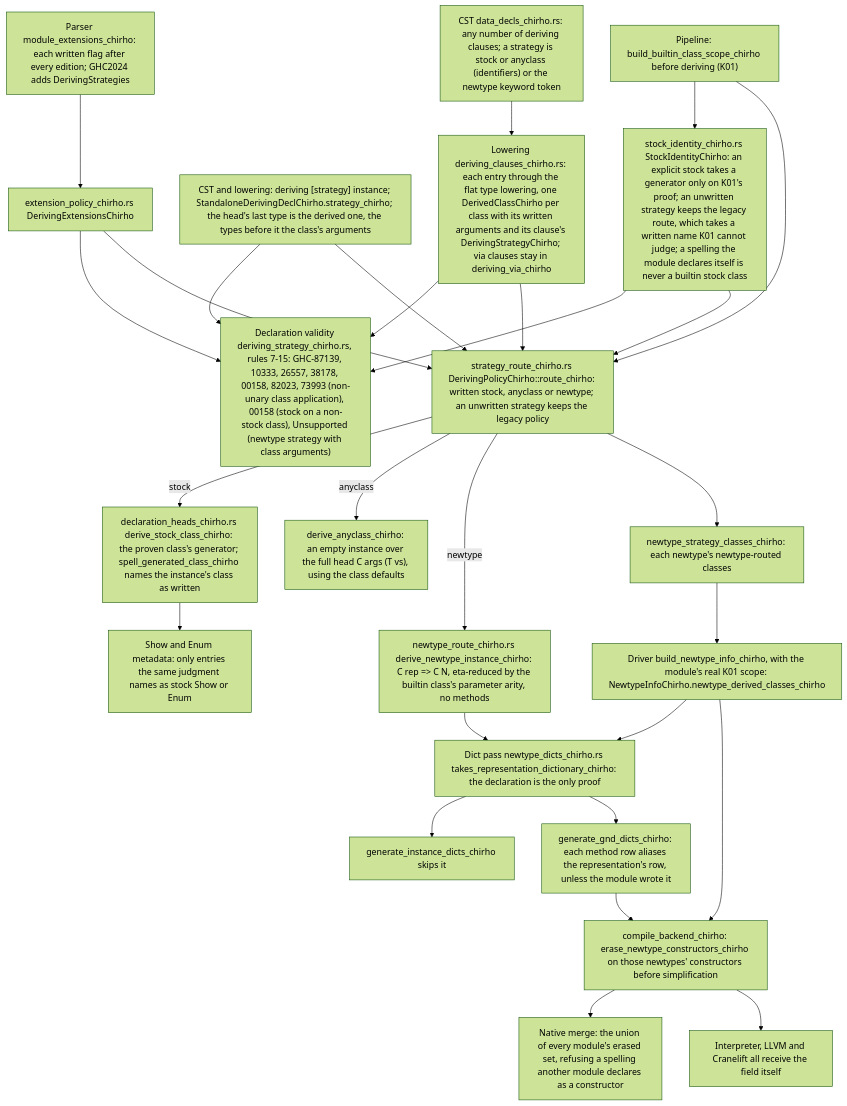
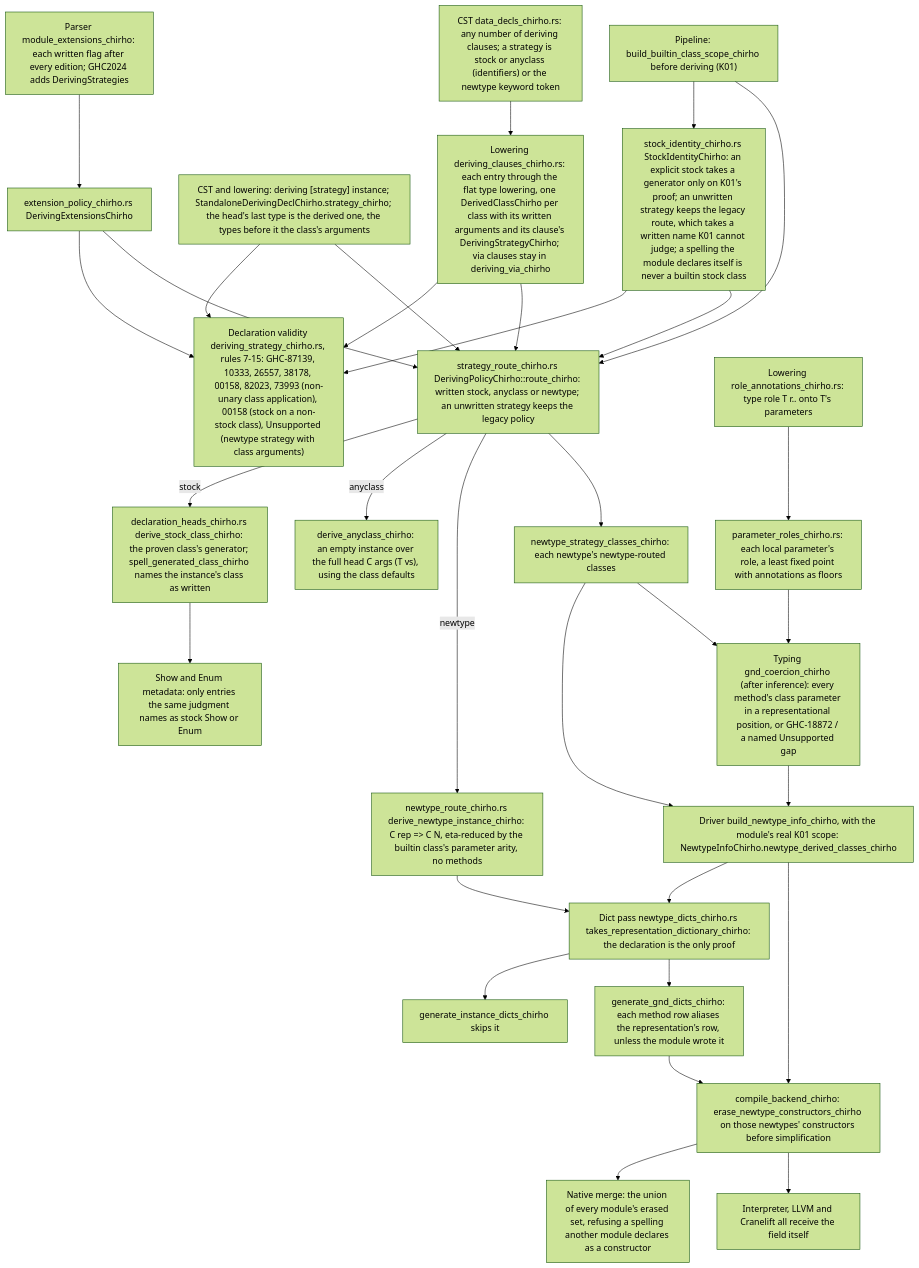
One commit to loveJesus/haskelujah-chirho changed the diagram in spec-chirho/workflows-chirho/language-features-chirho/deriving-strategies-chirho.md. Above: the diagram before and after it, drawn with Mermaid (forest theme). The commit also changed other lines of this file and 18 other files, not shown here.

````diff
--- a/spec-chirho/workflows-chirho/language-features-chirho/deriving-strategies-chirho.md
+++ b/spec-chirho/workflows-chirho/language-features-chirho/deriving-strategies-chirho.md
@@ -12,31 +12,35 @@
 ```mermaid
 flowchart TD
     cst_chirho["CST data_decls_chirho.rs: any number of deriving clauses; a strategy is stock or anyclass (identifiers) or the newtype keyword token"]
     cst_chirho --> lower_chirho["Lowering deriving_clauses_chirho.rs: each entry through the flat type lowering, one DerivedClassChirho per class with its written arguments and its clause's DerivingStrategyChirho; via clauses stay in deriving_via_chirho"]
     standalone_chirho["CST and lowering: deriving [strategy] instance; StandaloneDerivingDeclChirho.strategy_chirho; the head's last type is the derived one, the types before it the class's arguments"]
     pragmas_chirho["Parser module_extensions_chirho: each written flag after every edition; GHC2024 adds DerivingStrategies"] --> policy_chirho["extension_policy_chirho.rs DerivingExtensionsChirho"]
     policy_chirho --> validity_chirho
     policy_chirho --> route_chirho
     scope_chirho --> identity_chirho["stock_identity_chirho.rs StockIdentityChirho: an explicit stock takes a generator only on K01's proof; an unwritten strategy keeps the legacy route, which takes a written name K01 cannot judge; a spelling the module declares itself is never a builtin stock class"]
     identity_chirho --> validity_chirho
     identity_chirho --> route_chirho
     lower_chirho --> validity_chirho["Declaration validity deriving_strategy_chirho.rs, rules 7-15: GHC-87139, 10333, 26557, 38178, 00158, 82023, 73993 (non-unary class application), 00158 (stock on a non-stock class), Unsupported (newtype strategy with class arguments)"]
     standalone_chirho --> validity_chirho
     lower_chirho --> route_chirho["strategy_route_chirho.rs DerivingPolicyChirho::route_chirho: written stock, anyclass or newtype; an unwritten strategy keeps the legacy policy"]
     standalone_chirho --> route_chirho
     scope_chirho["Pipeline: build_builtin_class_scope_chirho before deriving (K01)"] --> route_chirho
     route_chirho -->|stock| stock_chirho["declaration_heads_chirho.rs derive_stock_class_chirho: the proven class's generator; spell_generated_class_chirho names the instance's class as written"]
     route_chirho -->|anyclass| empty_chirho["derive_anyclass_chirho: an empty instance over the full head C args (T vs), using the class defaults"]
     route_chirho -->|newtype| gnd_chirho["newtype_route_chirho.rs derive_newtype_instance_chirho: C rep => C N, eta-reduced by the builtin class's parameter arity, no methods"]
     route_chirho --> inventory_chirho["newtype_strategy_classes_chirho: each newtype's newtype-routed classes"]
     stock_chirho --> metadata_chirho["Show and Enum metadata: only entries the same judgment names as stock Show or Enum"]
     inventory_chirho --> info_chirho["Driver build_newtype_info_chirho, with the module's real K01 scope: NewtypeInfoChirho.newtype_derived_classes_chirho"]
+    roles_annotation_chirho["Lowering role_annotations_chirho.rs: type role T r.. onto T's parameters"] --> roles_chirho["parameter_roles_chirho.rs: each local parameter's role, a least fixed point with annotations as floors"]
+    inventory_chirho --> proof_chirho["Typing gnd_coercion_chirho (after inference): every method's class parameter in a representational position, or GHC-18872 / a named Unsupported gap"]
+    roles_chirho --> proof_chirho
+    proof_chirho --> info_chirho
     info_chirho --> eligible_chirho["Dict pass newtype_dicts_chirho.rs takes_representation_dictionary_chirho: the declaration is the only proof"]
     gnd_chirho --> eligible_chirho
     eligible_chirho --> ground_skip_chirho["generate_instance_dicts_chirho skips it"]
     eligible_chirho --> alias_chirho["generate_gnd_dicts_chirho: each method row aliases the representation's row, unless the module wrote it"]
     info_chirho --> erase_chirho["compile_backend_chirho: erase_newtype_constructors_chirho on those newtypes' constructors before simplification"]
     erase_chirho --> merge_chirho["Native merge: the union of every module's erased set, refusing a spelling another module declares as a constructor"]
     alias_chirho --> erase_chirho
     erase_chirho --> backends_chirho["Interpreter, LLVM and Cranelift all receive the field itself"]
 ```
````
